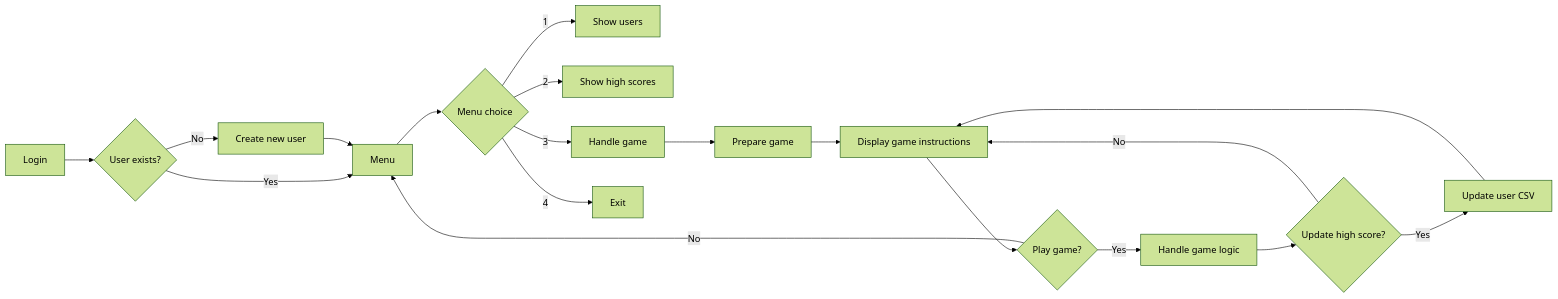
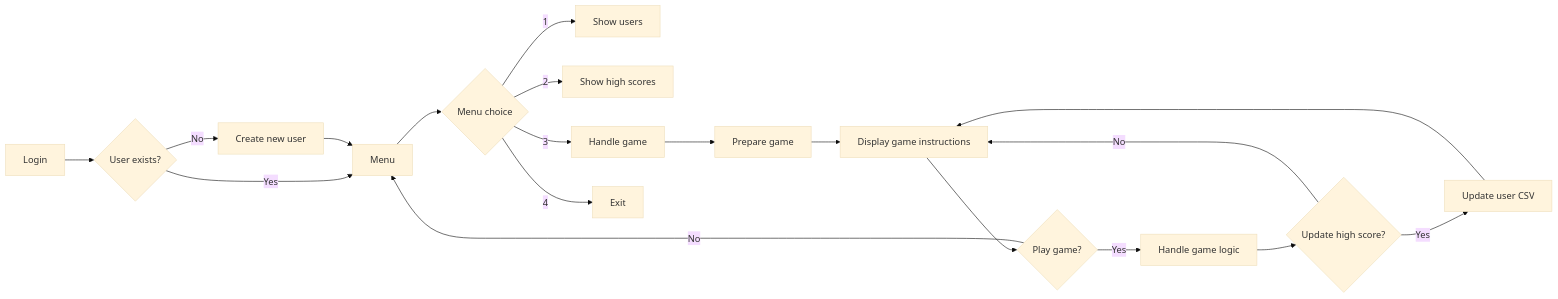
The diagram in 0_Project/guess_game/readme.md (Aixufey/PGR107-Python), drawn with Mermaid before and after one commit.

Commit message:
Update readme.md
changed theme

````diff
--- a/0_Project/guess_game/readme.md
+++ b/0_Project/guess_game/readme.md
@@ -1,25 +1,25 @@
 ```mermaid
 
-%%{init: {'theme': 'forest', 'themeVariables': { 'fontSize': '16px', 'lineWidth': '2px'}}}%%
+%%{init: {'theme': 'base', 'themeVariables': { 'fontSize': '16px', 'lineWidth': '2px'}}}%%
 graph LR
 A[ Login ] --> B{ User exists? }
 B -- Yes --> C[ Menu]
 B -- No --> D[ Create new user ]
 D --> C
 
 C --> E{ Menu choice }
 E -- 1 --> F[ Show users ]
 E -- 2 --> G[ Show high scores ]
 E -- 3 --> H[ Handle game ]
 E -- 4 --> I[ Exit ]
 
 H --> J[ Prepare game ]
 J --> K[ Display game instructions ]
 K --> L{ Play game?}
 L -- Yes --> M[ Handle game logic ]
 M --> N{ Update high score?}
 N -- Yes --> O[ Update user CSV ]
 O --> K
 N -- No --> K
 L -- No --> C
 ```
````
